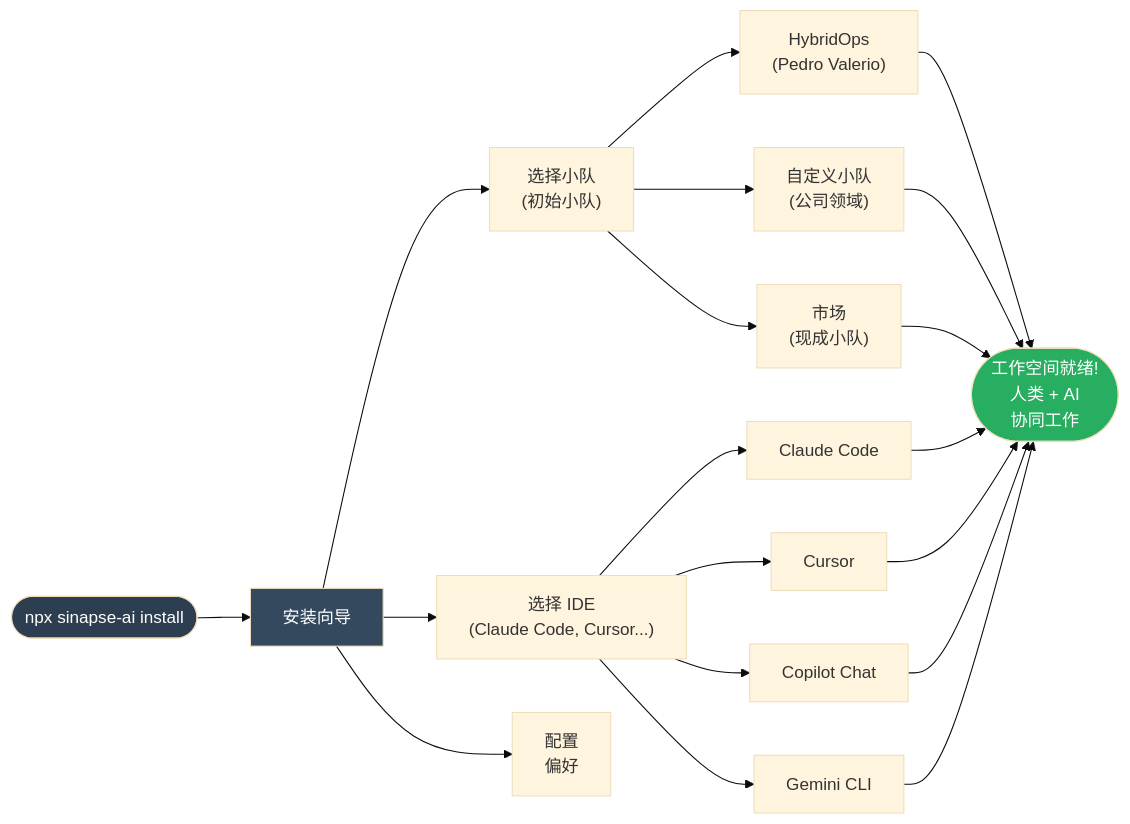
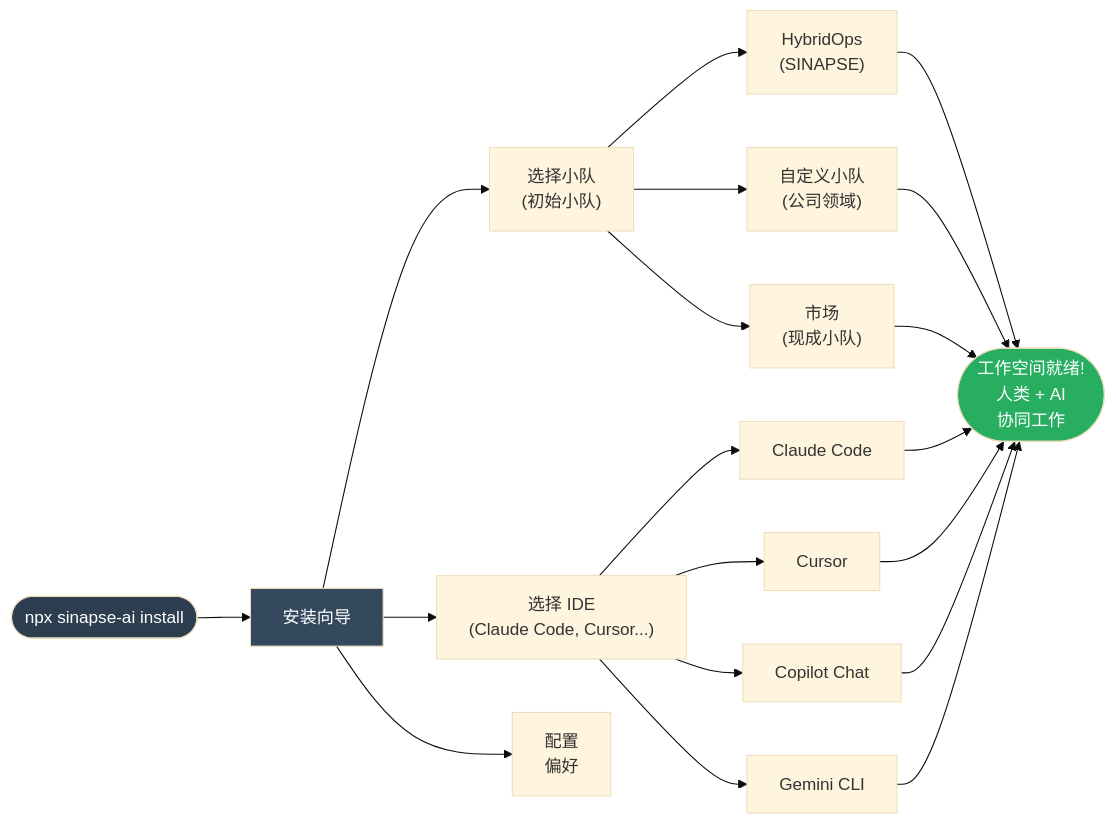
Before and after one commit to caioimori/sinapse-ai: the ninth of 12 diagrams in docs/zh/architecture/SINAPSE-VISUAL-OVERVIEW.md, drawn with Mermaid (base theme). The commit also changed other lines of this file and 56 other files, not shown here.

````diff
--- a/docs/zh/architecture/SINAPSE-VISUAL-OVERVIEW.md
+++ b/docs/zh/architecture/SINAPSE-VISUAL-OVERVIEW.md
@@ -389,29 +389,29 @@
 ```mermaid
 flowchart LR
     INSTALL(["npx sinapse-ai install"]) --> WIZARD["安装向导"]
 
     WIZARD --> CHOOSE_SQUADS["选择小队<br/>(初始小队)"]
     WIZARD --> CHOOSE_IDE["选择 IDE<br/>(Claude Code, Cursor...)"]
     WIZARD --> CHOOSE_CONFIG["配置<br/>偏好"]
 
-    CHOOSE_SQUADS --> SQ_OPS["HybridOps<br/>(Pedro Valerio)"]
+    CHOOSE_SQUADS --> SQ_OPS["HybridOps<br/>(SINAPSE)"]
     CHOOSE_SQUADS --> SQ_CUSTOM["自定义小队<br/>(公司领域)"]
     CHOOSE_SQUADS --> SQ_MARKET["市场<br/>(现成小队)"]
 
     CHOOSE_IDE --> IDE1["Claude Code"]
     CHOOSE_IDE --> IDE2["Cursor"]
     CHOOSE_IDE --> IDE3["Copilot Chat"]
     CHOOSE_IDE --> IDE4["Gemini CLI"]
 
     SQ_OPS --> READY(["工作空间就绪!<br/>人类 + AI<br/>协同工作"])
     SQ_CUSTOM --> READY
     SQ_MARKET --> READY
     IDE1 --> READY
     IDE2 --> READY
     IDE3 --> READY
     IDE4 --> READY
 
     style INSTALL fill:#2c3e50,color:#fff
     style READY fill:#27ae60,color:#fff
     style WIZARD fill:#34495e,color:#fff
 ```
````
